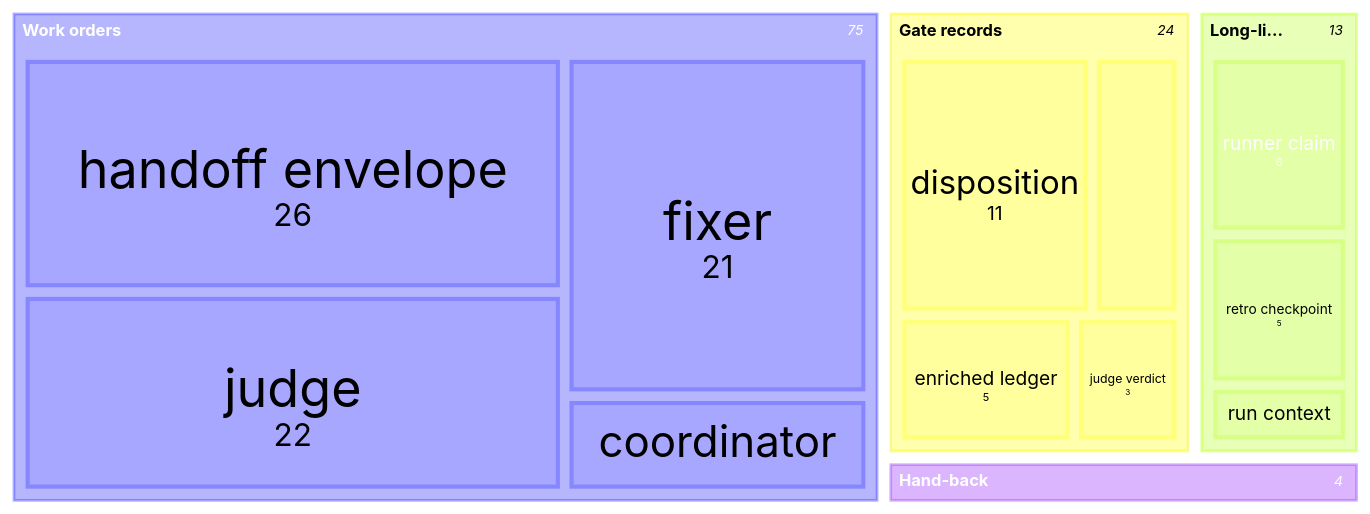
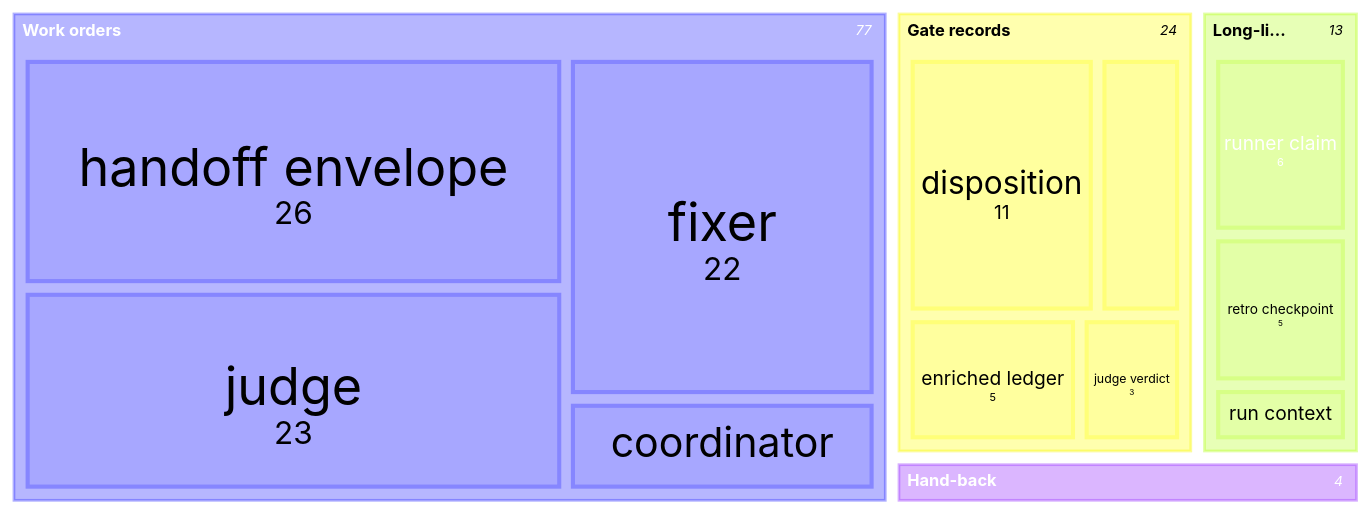
One commit to mfittko/dev-loops changed diagram 13 of 13 in docs/atlas/02-data-model.md. Above: the diagram before and after it, drawn with Mermaid. The commit also changed other lines of this file, not shown here.

````diff
--- a/docs/atlas/02-data-model.md
+++ b/docs/atlas/02-data-model.md
@@ -555,19 +566,19 @@
 ```mermaid
 treemap-beta
 "Long-lived state"
     "run context": 2
     "runner claim": 6
     "retro checkpoint": 5
 "Work orders"
     "handoff envelope": 26
     "coordinator": 6
-    "judge": 22
-    "fixer": 21
+    "judge": 23
+    "fixer": 22
 "Gate records"
     "fan-in ledger": 5
     "enriched ledger": 5
     "judge verdict": 3
     "disposition": 11
 "Hand-back"
     "packet": 4
 ```
````
